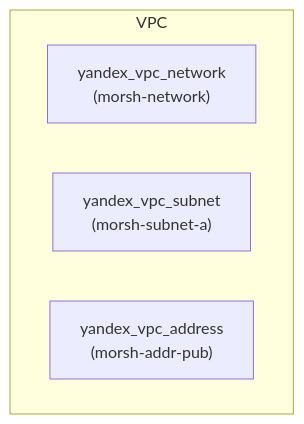
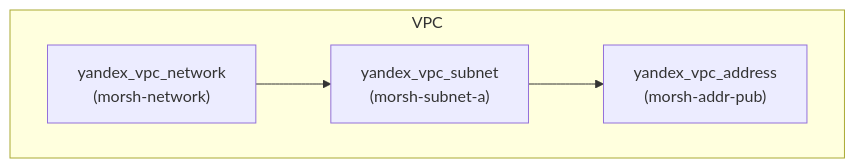
One commit to Morshimus/SkillFactory-Diploma-Work changed the first of 4 diagrams in README.md. Above: the diagram before and after it, drawn with Mermaid.

````diff
--- a/README.md
+++ b/README.md
@@ -13,10 +13,13 @@
 ```mermaid
 graph TD
 
 subgraph VPC
     network["yandex_vpc_network<br/>(morsh-network)"]
     subnet["yandex_vpc_subnet<br/>(morsh-subnet-a)"]
     address["yandex_vpc_address<br/>(morsh-addr-pub)"]
 end
 
+network --> subnet
+subnet --> address
+
 ```
````
